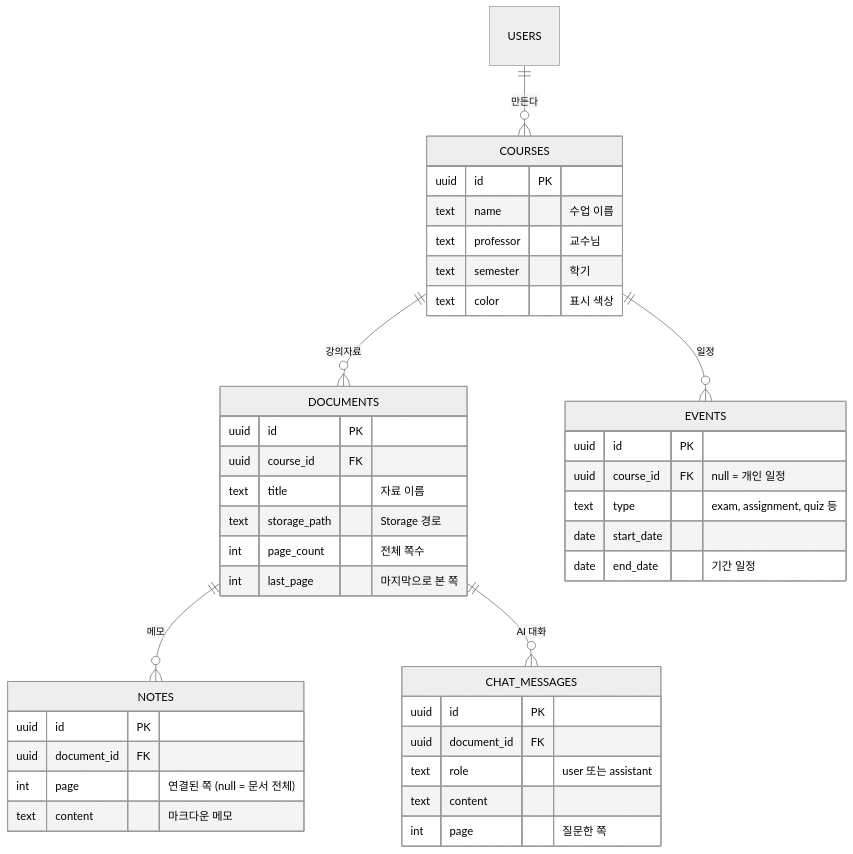
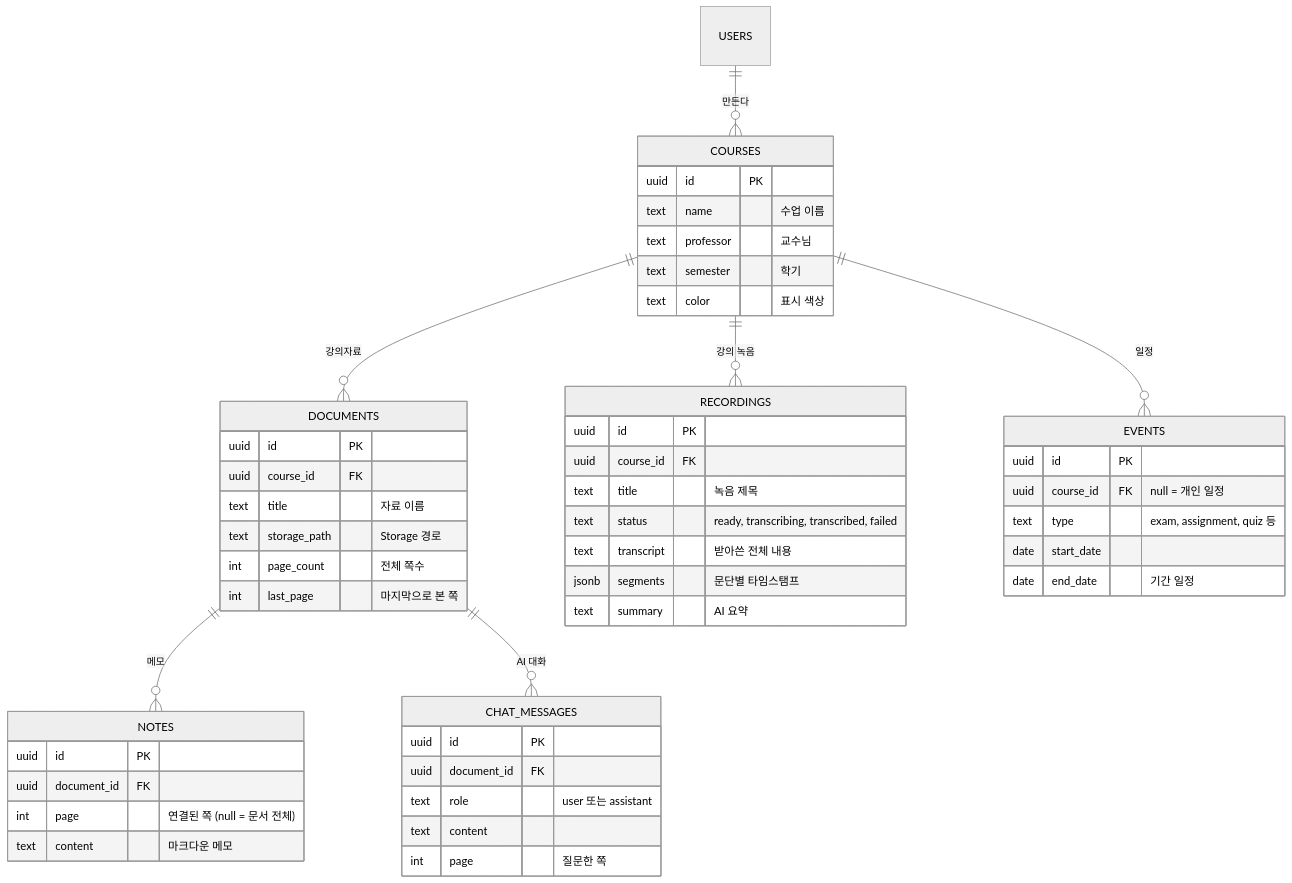
The first of 2 diagrams in README.md (Ohhaeseo/Lecture_campus), drawn with Mermaid (neutral theme) before and after one commit. The commit also changed other lines of this file and 18 other files, not shown here.

````diff
--- a/README.md
+++ b/README.md
@@ -189,44 +213,54 @@
 ```mermaid
 erDiagram
     USERS ||--o{ COURSES : "만든다"
     COURSES ||--o{ DOCUMENTS : "강의자료"
+    COURSES ||--o{ RECORDINGS : "강의 녹음"
     COURSES ||--o{ EVENTS : "일정"
     DOCUMENTS ||--o{ NOTES : "메모"
     DOCUMENTS ||--o{ CHAT_MESSAGES : "AI 대화"
 
     COURSES {
         uuid id PK
         text name "수업 이름"
         text professor "교수님"
         text semester "학기"
         text color "표시 색상"
     }
     DOCUMENTS {
         uuid id PK
         uuid course_id FK
         text title "자료 이름"
         text storage_path "Storage 경로"
         int page_count "전체 쪽수"
         int last_page "마지막으로 본 쪽"
     }
     NOTES {
         uuid id PK
         uuid document_id FK
         int page "연결된 쪽 (null = 문서 전체)"
         text content "마크다운 메모"
     }
     CHAT_MESSAGES {
         uuid id PK
         uuid document_id FK
         text role "user 또는 assistant"
         text content
         int page "질문한 쪽"
     }
+    RECORDINGS {
+        uuid id PK
+        uuid course_id FK
+        text title "녹음 제목"
+        text status "ready, transcribing, transcribed, failed"
+        text transcript "받아쓴 전체 내용"
+        jsonb segments "문단별 타임스탬프"
+        text summary "AI 요약"
+    }
     EVENTS {
         uuid id PK
         uuid course_id FK "null = 개인 일정"
         text type "exam, assignment, quiz 등"
         date start_date
         date end_date "기간 일정"
     }
 ```
````
